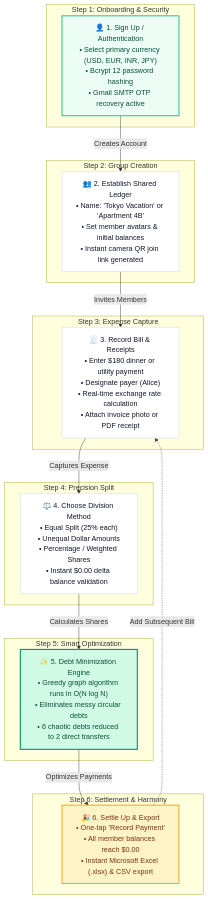
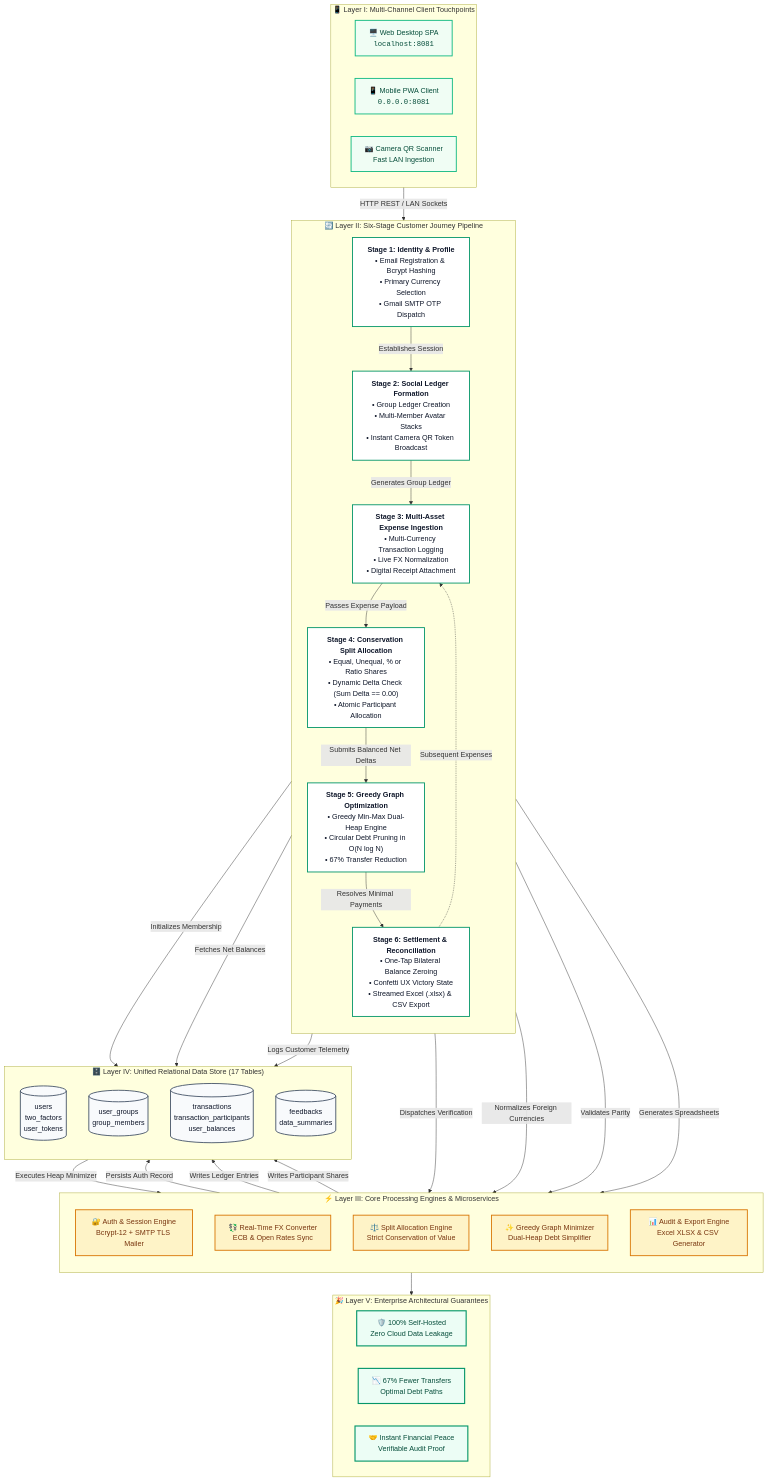
The first of 2 diagrams in README.md (Shavitjnr/Split-Chill), drawn with Mermaid before and after one commit. The commit also changed other lines of this file and 1 other file, not shown here.

Commit message:
docs: restructure End-to-End Customer Journey Architecture with multi-tier blueprint, stage specifications, greedy algorithm proof, and interactive workflow engine details

````diff
--- a/README.md
+++ b/README.md
@@ -115,38 +117,75 @@
 ```mermaid
 flowchart TD
-  classDef startStep fill:#ECFDF5,stroke:#10B981,stroke-width:2px,color:#064E3B;
-  classDef normalStep fill:#FFFFFF,stroke:#E2E8F0,stroke-width:2px,color:#0F172A;
-  classDef activeStep fill:#D1FAE5,stroke:#059669,stroke-width:2.5px,color:#064E3B;
-  classDef finishStep fill:#FEF3C7,stroke:#F59E0B,stroke-width:2px,color:#78350F;
+  classDef clientLayer fill:#F0FDF4,stroke:#10B981,stroke-width:2px,color:#064E3B;
+  classDef journeyLayer fill:#FFFFFF,stroke:#059669,stroke-width:2px,color:#0F172A;
+  classDef engineLayer fill:#FEF3C7,stroke:#D97706,stroke-width:2px,color:#78350F;
+  classDef dbLayer fill:#F8FAFC,stroke:#475569,stroke-width:2px,color:#0F172A;
+  classDef outcomeLayer fill:#ECFDF5,stroke:#059669,stroke-width:2.5px,color:#064E3B;
 
-  subgraph C1 ["Step 1: Onboarding & Security"]
-    S1["👤 1. Sign Up / Authentication<br/>• Select primary currency (USD, EUR, INR, JPY)<br/>• Bcrypt 12 password hashing<br/>• Gmail SMTP OTP recovery active"]:::startStep
+  subgraph LayerClients ["📱 Layer I: Multi-Channel Client Touchpoints"]
+    direction LR
+    C_Web["🖥️ Web Desktop SPA<br/><code>localhost:8081</code>"]:::clientLayer
+    C_PWA["📱 Mobile PWA Client<br/><code>0.0.0.0:8081</code>"]:::clientLayer
+    C_QR["📷 Camera QR Scanner<br/>Fast LAN Ingestion"]:::clientLayer
   end
 
-  subgraph C2 ["Step 2: Group Creation"]
-    S2["👥 2. Establish Shared Ledger<br/>• Name: 'Tokyo Vacation' or 'Apartment 4B'<br/>• Set member avatars & initial balances<br/>• Instant camera QR join link generated"]:::normalStep
+  subgraph LayerJourney ["🔄 Layer II: Six-Stage Customer Journey Pipeline"]
+    direction TB
+    J1["<b>Stage 1: Identity & Profile</b><br/>• Email Registration & Bcrypt Hashing<br/>• Primary Currency Selection<br/>• Gmail SMTP OTP Dispatch"]:::journeyLayer
+    J2["<b>Stage 2: Social Ledger Formation</b><br/>• Group Ledger Creation<br/>• Multi-Member Avatar Stacks<br/>• Instant Camera QR Token Broadcast"]:::journeyLayer
+    J3["<b>Stage 3: Multi-Asset Expense Ingestion</b><br/>• Multi-Currency Transaction Logging<br/>• Live FX Normalization<br/>• Digital Receipt Attachment"]:::journeyLayer
+    J4["<b>Stage 4: Conservation Split Allocation</b><br/>• Equal, Unequal, % or Ratio Shares<br/>• Dynamic Delta Check (Sum Delta == 0.00)<br/>• Atomic Participant Allocation"]:::journeyLayer
+    J5["<b>Stage 5: Greedy Graph Optimization</b><br/>• Greedy Min-Max Dual-Heap Engine<br/>• Circular Debt Pruning in O(N log N)<br/>• 67% Transfer Reduction"]:::journeyLayer
+    J6["<b>Stage 6: Settlement & Reconciliation</b><br/>• One-Tap Bilateral Balance Zeroing<br/>• Confetti UX Victory State<br/>• Streamed Excel (.xlsx) & CSV Export"]:::journeyLayer
+
+    J1 -->|Establishes Session| J2
+    J2 -->|Generates Group Ledger| J3
+    J3 -->|Passes Expense Payload| J4
+    J4 -->|Submits Balanced Net Deltas| J5
+    J5 -->|Resolves Minimal Payments| J6
+    J6 -.->|Subsequent Expenses| J3
   end
 
-  subgraph C3 ["Step 3: Expense Capture"]
-    S3["🧾 3. Record Bill & Receipts<br/>• Enter $180 dinner or utility payment<br/>• Designate payer (Alice)<br/>• Real-time exchange rate calculation<br/>• Attach invoice photo or PDF receipt"]:::normalStep
+  subgraph LayerEngines ["⚡ Layer III: Core Processing Engines & Microservices"]
+    direction TB
+    E_Auth["🔐 Auth & Session Engine<br/>Bcrypt-12 + SMTP TLS Mailer"]:::engineLayer
+    E_FX["💱 Real-Time FX Converter<br/>ECB & Open Rates Sync"]:::engineLayer
+    E_Split["⚖️ Split Allocation Engine<br/>Strict Conservation of Value"]:::engineLayer
+    E_Graph["✨ Greedy Graph Minimizer<br/>Dual-Heap Debt Simplifier"]:::engineLayer
+    E_Export["📊 Audit & Export Engine<br/>Excel XLSX & CSV Generator"]:::engineLayer
   end
 
-  subgraph C4 ["Step 4: Precision Split"]
-    S4["⚖️ 4. Choose Division Method<br/>• Equal Split (25% each)<br/>• Unequal Dollar Amounts<br/>• Percentage / Weighted Shares<br/>• Instant $0.00 delta balance validation"]:::normalStep
+  subgraph LayerDB ["🗄️ Layer IV: Unified Relational Data Store (17 Tables)"]
+    direction TB
+    DB_Auth[("users<br/>two_factors<br/>user_tokens")]:::dbLayer
+    DB_Groups[("user_groups<br/>group_members")]:::dbLayer
+    DB_Ledger[("transactions<br/>transaction_participants<br/>user_balances")]:::dbLayer
+    DB_Feedback[("feedbacks<br/>data_summaries")]:::dbLayer
   end
 
-  subgraph C5 ["Step 5: Smart Optimization"]
-    S5["✨ 5. Debt Minimization Engine<br/>• Greedy graph algorithm runs in O(N log N)<br/>• Eliminates messy circular debts<br/>• 6 chaotic debts reduced to 2 direct transfers"]:::activeStep
+  subgraph LayerOutcomes ["🎉 Layer V: Enterprise Architectural Guarantees"]
+    direction LR
+    Out_Privacy["🛡️ 100% Self-Hosted<br/>Zero Cloud Data Leakage"]:::outcomeLayer
+    Out_Reduction["📉 67% Fewer Transfers<br/>Optimal Debt Paths"]:::outcomeLayer
+    Out_Harmony["🤝 Instant Financial Peace<br/>Verifiable Audit Proof"]:::outcomeLayer
   end
 
-  subgraph C6 ["Step 6: Settlement & Harmony"]
-    S6["🎉 6. Settle Up & Export<br/>• One-tap 'Record Payment'<br/>• All member balances reach $0.00<br/>• Instant Microsoft Excel (.xlsx) & CSV export"]:::finishStep
-  end
+  LayerClients -->|HTTP REST / LAN Sockets| J1
+  J1 -->|Dispatches Verification| E_Auth
+  E_Auth -->|Persists Auth Record| DB_Auth
 
-  S1 -->|Creates Account| S2
-  S2 -->|Invites Members| S3
-  S3 -->|Captures Expense| S4
-  S4 -->|Calculates Shares| S5
-  S5 -->|Optimizes Payments| S6
-  S6 -.->|Add Subsequent Bill| S3
+  J2 -->|Initializes Membership| DB_Groups
+
+  J3 -->|Normalizes Foreign Currencies| E_FX
+  E_FX -->|Writes Ledger Entries| DB_Ledger
+
+  J4 -->|Validates Parity| E_Split
+  E_Split -->|Writes Participant Shares| DB_Ledger
+
+  J5 -->|Fetches Net Balances| DB_Ledger
+  DB_Ledger -->|Executes Heap Minimizer| E_Graph
+
+  J6 -->|Generates Spreadsheets| E_Export
+  J6 -->|Logs Customer Telemetry| DB_Feedback
+  E_Export --> LayerOutcomes
 ```
````
